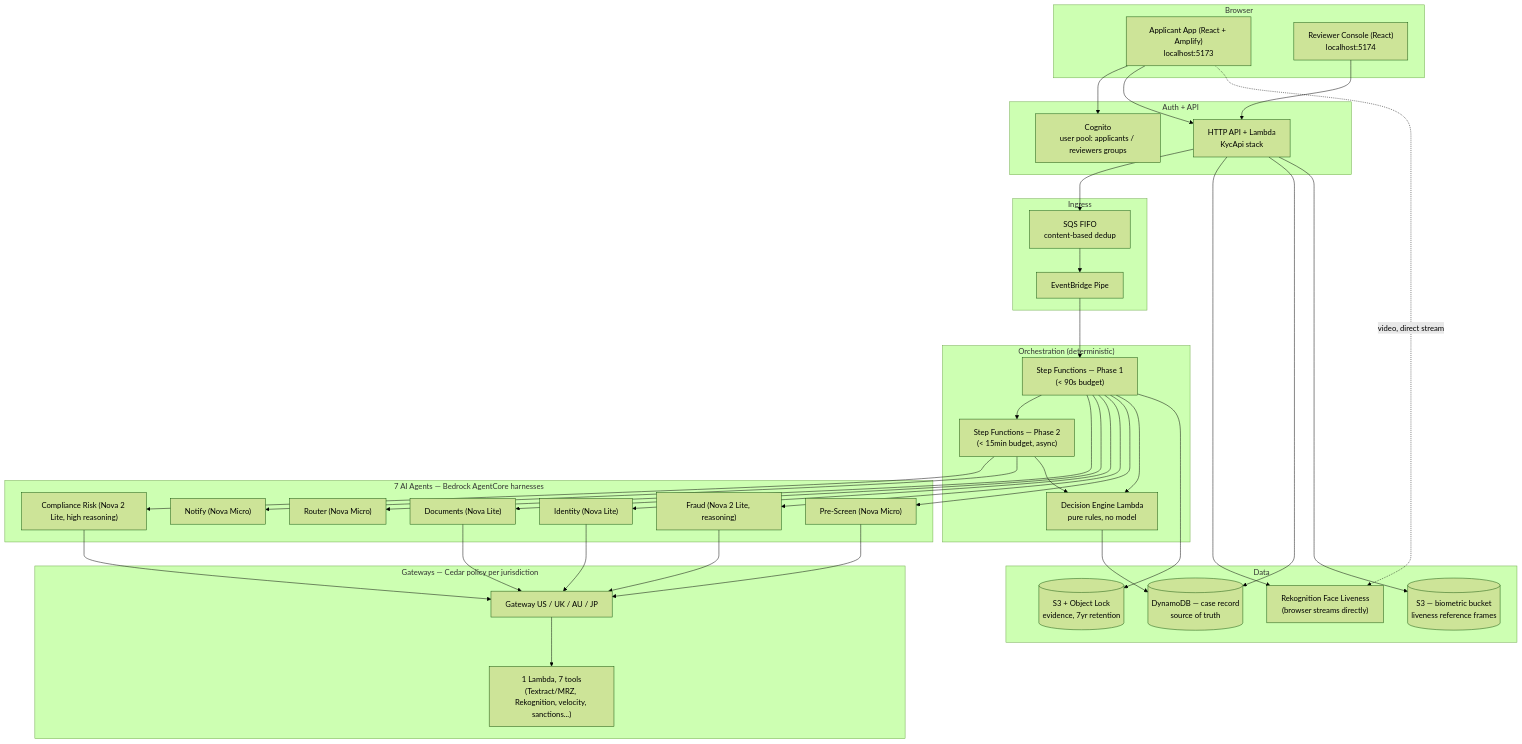
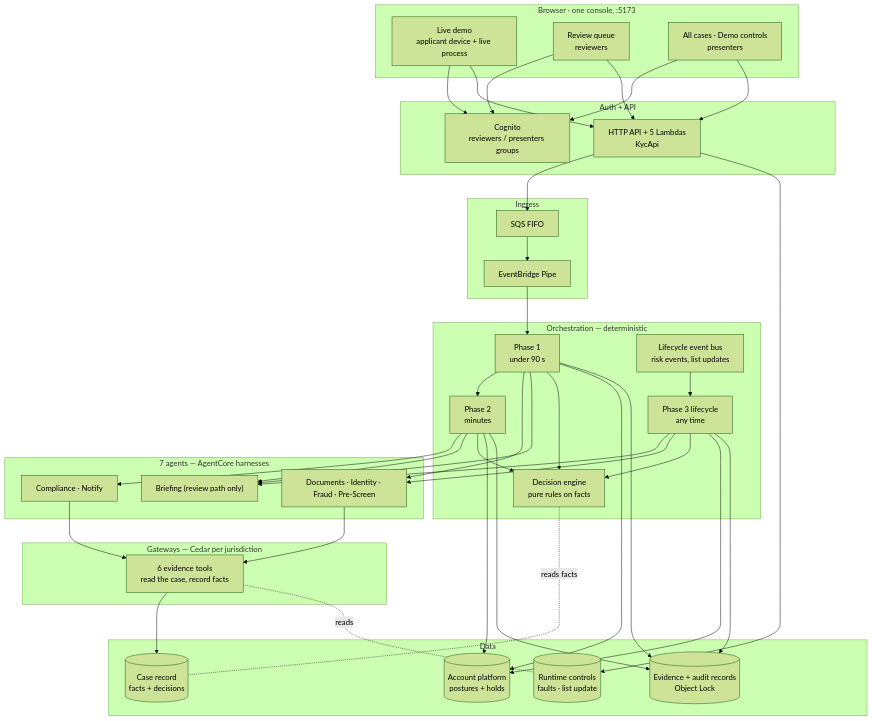
Before and after one commit to Poobalan1210/agentcore-kyc-pipeline: the diagram in README.md, drawn with Mermaid (forest theme). The commit also changed other lines of this file and 219 other files, not shown here.

First line of the commit message:
Merge the apps into one console and add accounts, evals and demo tooling

````diff
--- a/README.md
+++ b/README.md
@@ -41,63 +50,59 @@
 ```mermaid
 flowchart TB
-    subgraph client["Browser"]
-        APP["Applicant App (React + Amplify)<br/>localhost:5173"]
-        REV["Reviewer Console (React)<br/>localhost:5174"]
+    subgraph client["Browser · one console, :5173"]
+        APP["Live demo<br/>applicant device + live process"]
+        REV["Review queue<br/>reviewers"]
+        DEMO["All cases · Demo controls<br/>presenters"]
     end
 
     subgraph edge["Auth + API"]
-        COG["Cognito<br/>user pool: applicants / reviewers groups"]
-        API["HTTP API + Lambda<br/>KycApi stack"]
+        COG["Cognito<br/>reviewers / presenters groups"]
+        API["HTTP API + 5 Lambdas<br/>KycApi"]
     end
 
     subgraph ingress["Ingress"]
-        SQS["SQS FIFO<br/>content-based dedup"]
-        PIPE["EventBridge Pipe"]
+        SQS["SQS FIFO"] --> PIPE["EventBridge Pipe"]
     end
 
-    subgraph control["Orchestration (deterministic)"]
-        SFN1["Step Functions — Phase 1<br/>(&lt; 90s budget)"]
-        SFN2["Step Functions — Phase 2<br/>(&lt; 15min budget, async)"]
-        DE["Decision Engine Lambda<br/>pure rules, no model"]
+    subgraph orchestration["Orchestration — deterministic"]
+        SFN1["Phase 1<br/>under 90 s"]
+        SFN2["Phase 2<br/>minutes"]
+        SFN3["Phase 3 lifecycle<br/>any time"]
+        DE["Decision engine<br/>pure rules on facts"]
+        BUS["Lifecycle event bus<br/>risk events, list updates"]
     end
 
-    subgraph agents["7 AI Agents — Bedrock AgentCore harnesses"]
-        A1["Router (Nova Micro)"]
-        A2["Documents (Nova Lite)"]
-        A3["Identity (Nova Lite)"]
-        A4["Fraud (Nova 2 Lite, reasoning)"]
-        A5["Pre-Screen (Nova Micro)"]
-        A6["Compliance Risk (Nova 2 Lite, high reasoning)"]
-        A7["Notify (Nova Micro)"]
+    subgraph agents["7 agents — AgentCore harnesses"]
+        P1["Documents · Identity · Fraud · Pre-Screen"]
+        P2["Compliance · Notify"]
+        BR["Briefing (review path only)"]
     end
 
-    subgraph gw["Gateways — Cedar policy per jurisdiction"]
-        GUS["Gateway US / UK / AU / JP"]
-        LAM["1 Lambda, 7 tools<br/>(Textract/MRZ, Rekognition, velocity, sanctions...)"]
+    subgraph gw["Gateways — Cedar per jurisdiction"]
+        TOOLS["6 evidence tools<br/>read the case, record facts"]
     end
 
     subgraph data["Data"]
-        DDB[("DynamoDB — case record<br/>source of truth")]
-        S3[("S3 + Object Lock<br/>evidence, 7yr retention")]
-        BIO[("S3 — biometric bucket<br/>liveness reference frames")]
-        REK["Rekognition Face Liveness<br/>(browser streams directly)"]
+        DDB[("Case record<br/>facts + decisions")]
+        ACC[("Account platform<br/>postures + holds")]
+        S3[("Evidence + audit records<br/>Object Lock")]
+        SSM[("Runtime controls<br/>faults · list update")]
     end
 
-    APP --> COG
-    APP --> API
-    APP -. "video, direct stream" .-> REK
-    REV --> API
+    APP & REV & DEMO --> COG
+    APP & REV & DEMO --> API
     API --> SQS
-    API --> REK
-    API --> DDB
-    SQS --> PIPE --> SFN1
-    SFN1 --> SFN2
-    SFN1 --> A1 & A2 & A3 & A4 & A5
-    SFN2 --> A6 & A7
-    SFN1 --> DE
-    SFN2 --> DE
-    A2 & A3 & A4 & A5 & A6 --> GUS --> LAM
-    DE --> DDB
-    SFN1 --> S3
-    API --> BIO
+    PIPE --> SFN1 --> SFN2
+    BUS --> SFN3
+    SFN1 --> P1
+    SFN2 --> P2
+    SFN1 & SFN2 & SFN3 --> BR
+    SFN3 --> P1
+    P1 & P2 --> TOOLS --> DDB
+    SFN1 & SFN2 & SFN3 --> DE
+    DE -.reads facts.- DDB
+    SFN1 & SFN2 & SFN3 --> ACC
+    SFN1 & SFN2 & SFN3 --> S3
+    API --> SSM
+    TOOLS -.reads.- SSM
 ```
````
